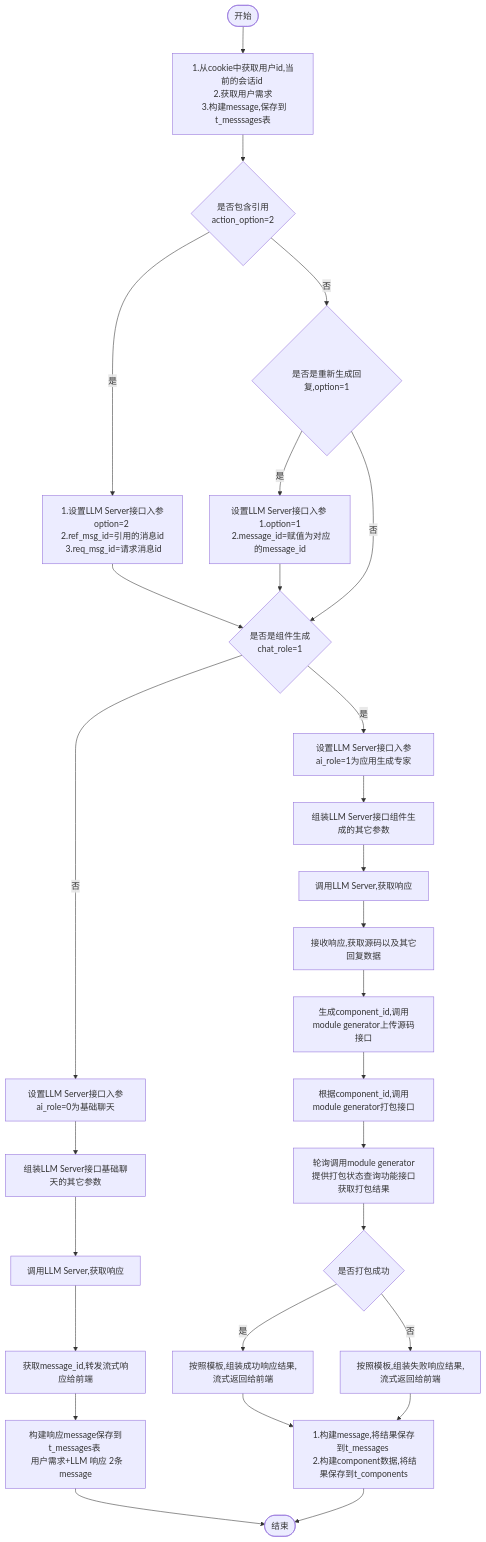
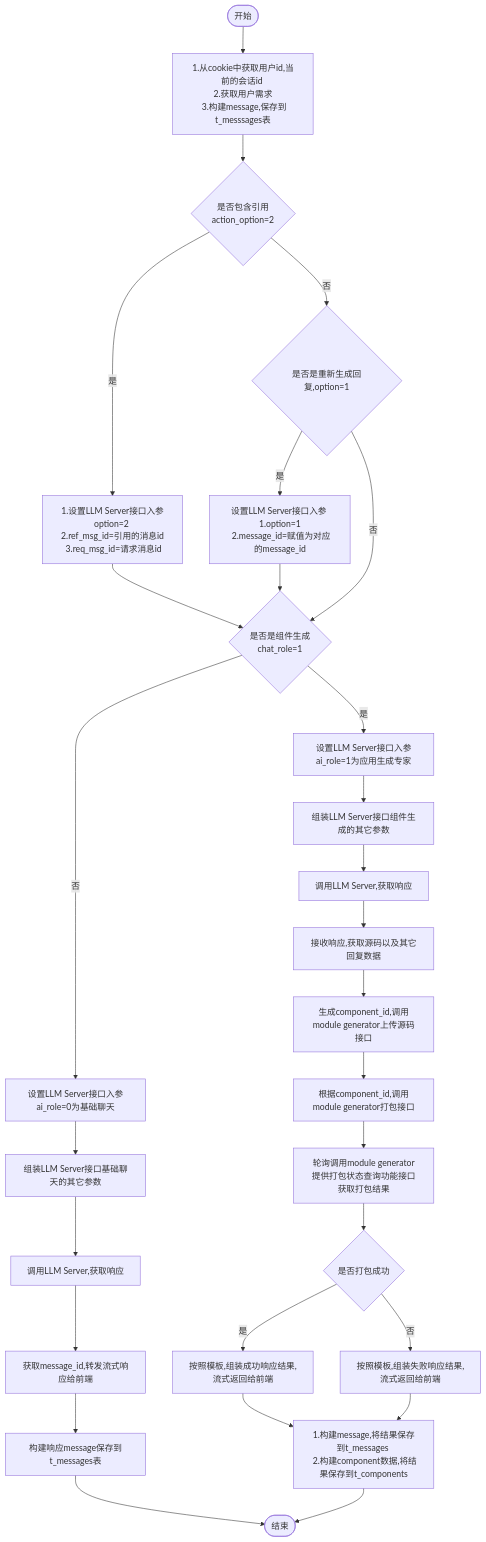
The diagram in all/w3-会话-不需要传递message.md (yingjianzh/iodraw-files), drawn with Mermaid before and after one commit.

Commit message:
2024-10-15 15:04:33 update

````diff
--- a/all/w3-会话-不需要传递message.md
+++ b/all/w3-会话-不需要传递message.md
@@ -1,34 +1,34 @@
 ```mermaid
 flowchart TD
     A([开始]) --> B[1.从cookie中获取用户id,当前的会话id \n 2.获取用户需求 \n 3.构建message,保存到t_messsages表]
     B--> D{是否包含引用 \n action_option=2}
     D -- 是 --> E[1.设置LLM Server接口入参option=2 \n 2.ref_msg_id=引用的消息id \n 3.req_msg_id=请求消息id]
     D -- 否 --> F{是否是重新生成回复,option=1}
     F -- 是 --> G[设置LLM Server接口入参 \n 1.option=1 \n 2.message_id=赋值为对应的message_id]
     F -- 否 --> I
      
     E & G --> I{是否是组件生成 \n chat_role=1}
     I -- 否 --> K[设置LLM Server接口入参ai_role=0为基础聊天]
     I -- 是 --> J[设置LLM Server接口入参ai_role=1为应用生成专家]
     
 
     J --> L[组装LLM Server接口组件生成的其它参数]    
     K --> M[组装LLM Server接口基础聊天的其它参数]    
     M --> N[调用LLM Server,获取响应]    
     N --> O[获取message_id,转发流式响应给前端]
-    O --> P[构建响应message保存到t_messages表 \n 用户需求+LLM 响应 2条message]
+    O --> P[构建响应message保存到t_messages表]
     P --> R([结束])
 
 
     L --> S[调用LLM Server,获取响应]
     S --> T[接收响应,获取源码以及其它回复数据]
     T --> U[生成component_id,调用module generator上传源码接口]
     U --> V[根据component_id,调用module generator打包接口]
     V --> W[轮询调用module generator提供打包状态查询功能接口获取打包结果]
     W --> X{是否打包成功}
     X -- 是 --> Y[按照模板,组装成功响应结果,流式返回给前端]
     X -- 否 --> Z[按照模板,组装失败响应结果,流式返回给前端]
 
     Y & Z --> Result[1.构建message,将结果保存到t_messages \n 2.构建component数据,将结果保存到t_components]
     Result --> R
 ```
````
